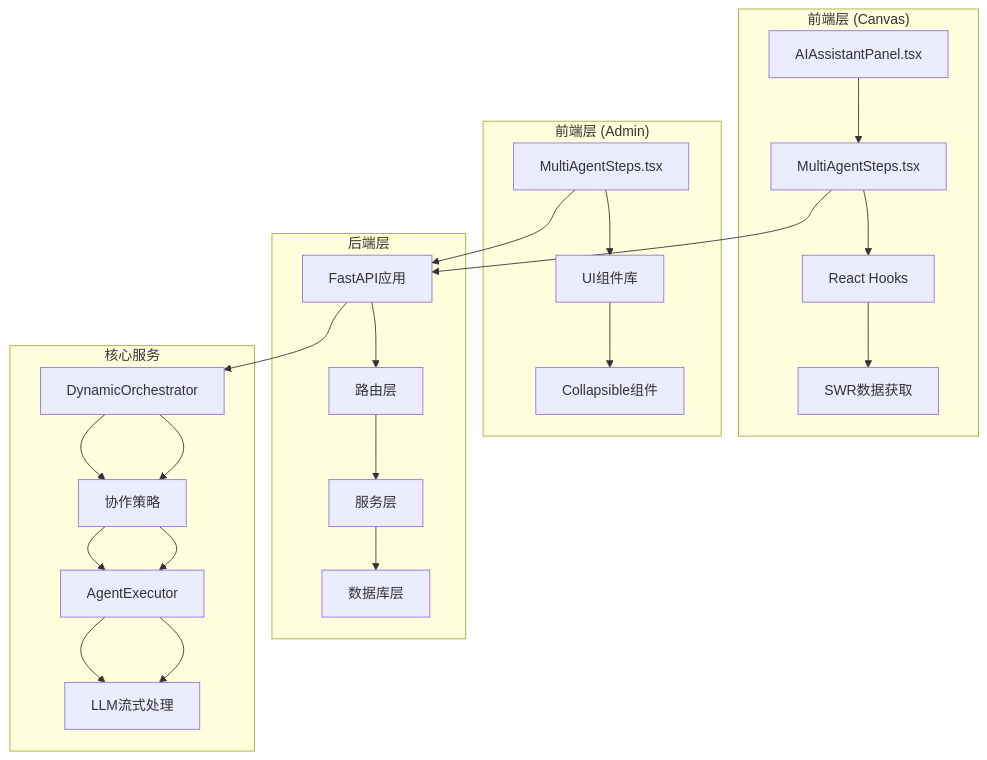
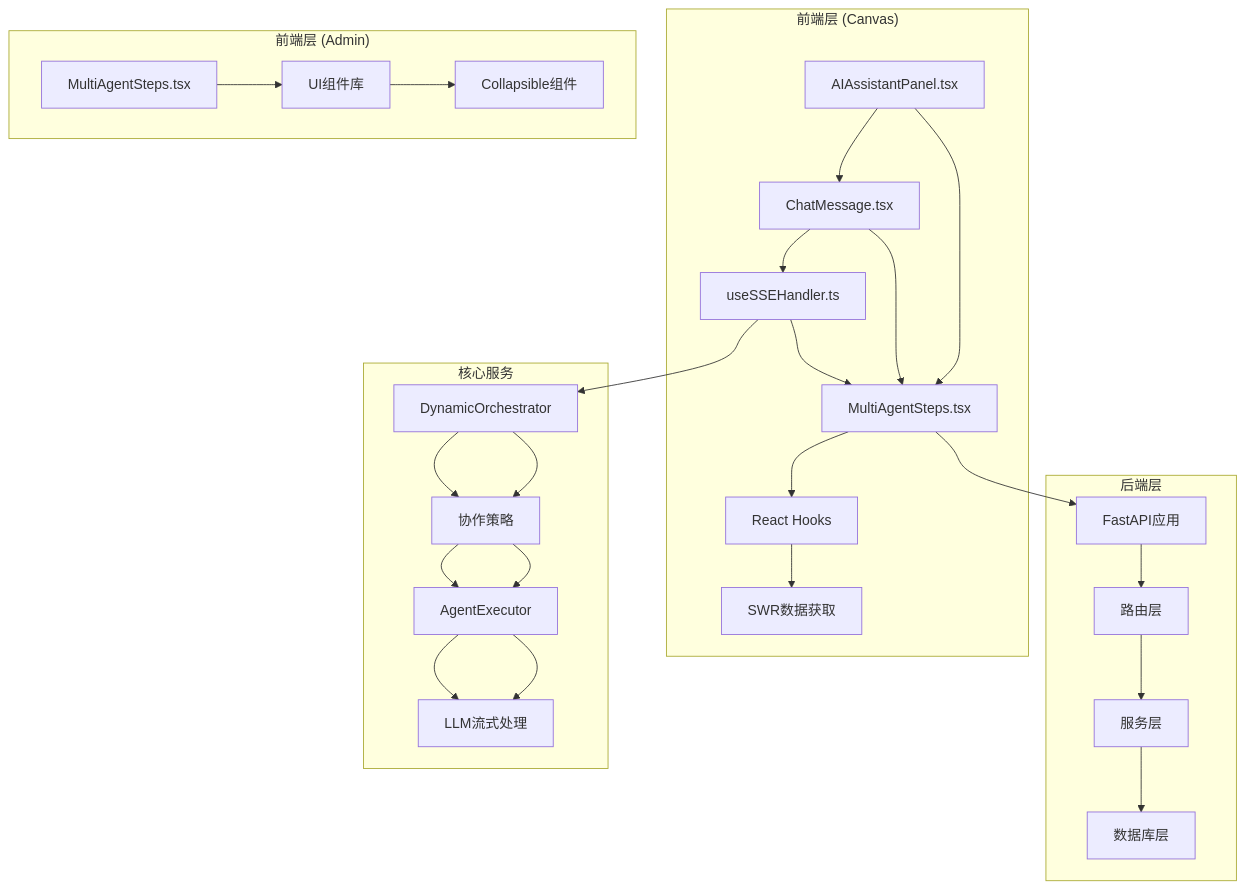
One commit to KunLabAI/KunFlix changed the first of 9 diagrams in .qoder/repowiki/zh/content/后台管理系统/多智能体步骤显示.md. Above: the diagram before and after it, drawn with Mermaid. The commit also changed other lines of this file and 12 other files, not shown here.

````diff
--- a/.qoder/repowiki/zh/content/后台管理系统/多智能体步骤显示.md
+++ b/.qoder/repowiki/zh/content/后台管理系统/多智能体步骤显示.md
@@ -55,28 +58,31 @@
 ```mermaid
 graph TB
 subgraph "前端层 (Canvas)"
 A[MultiAgentSteps.tsx] --> B[React Hooks]
 B --> C[SWR数据获取]
 D[AIAssistantPanel.tsx] --> A
+E[ChatMessage.tsx] --> A
+F[useSSEHandler.ts] --> A
 end
 subgraph "前端层 (Admin)"
-E[MultiAgentSteps.tsx] --> F[UI组件库]
-F --> G[Collapsible组件]
+G[MultiAgentSteps.tsx] --> H[UI组件库]
+H --> I[Collapsible组件]
 end
 subgraph "后端层"
-H[FastAPI应用] --> I[路由层]
-I --> J[服务层]
-J --> K[数据库层]
+J[FastAPI应用] --> K[路由层]
+K --> L[服务层]
+L --> M[数据库层]
 end
 subgraph "核心服务"
-L[DynamicOrchestrator] --> M[协作策略]
-M --> N[AgentExecutor]
-N --> O[LLM流式处理]
+N[DynamicOrchestrator] --> O[协作策略]
+O --> P[AgentExecutor]
+P --> Q[LLM流式处理]
 end
-A --> H
-E --> H
-H --> L
-L --> M
-M --> N
+A --> J
+D --> E
+E --> F
+F --> N
 N --> O
+O --> P
+P --> Q
 ```
````
